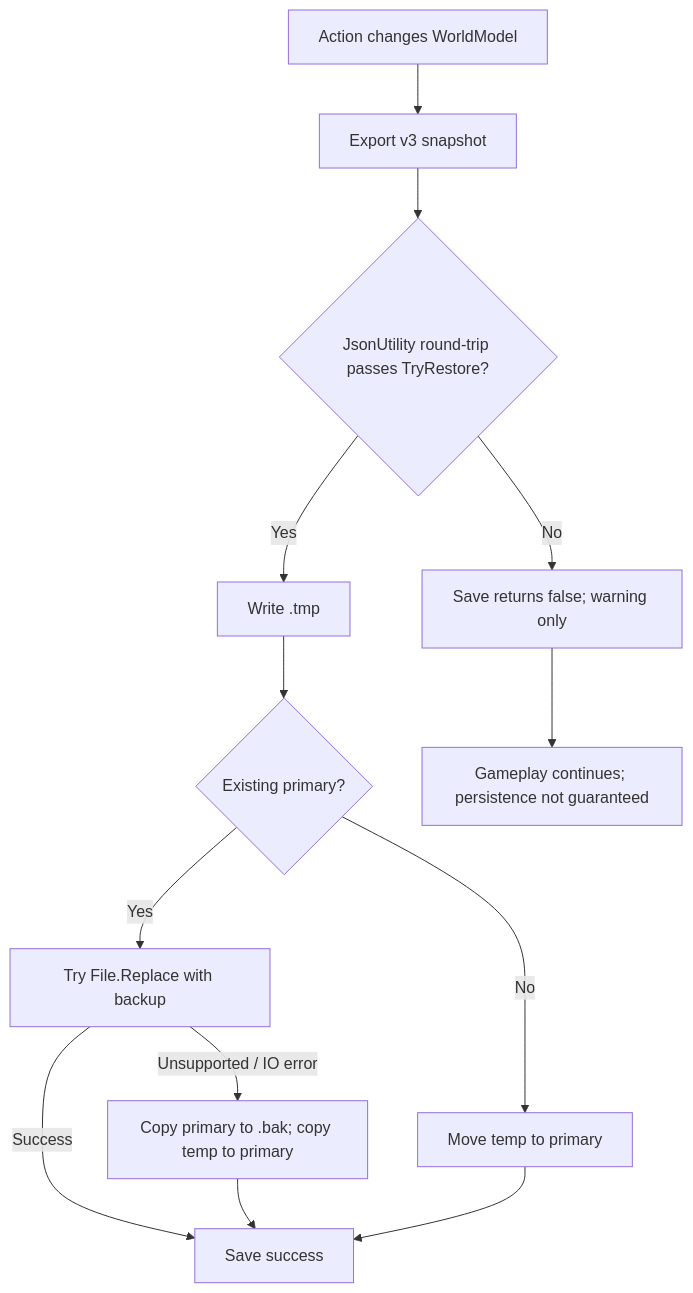
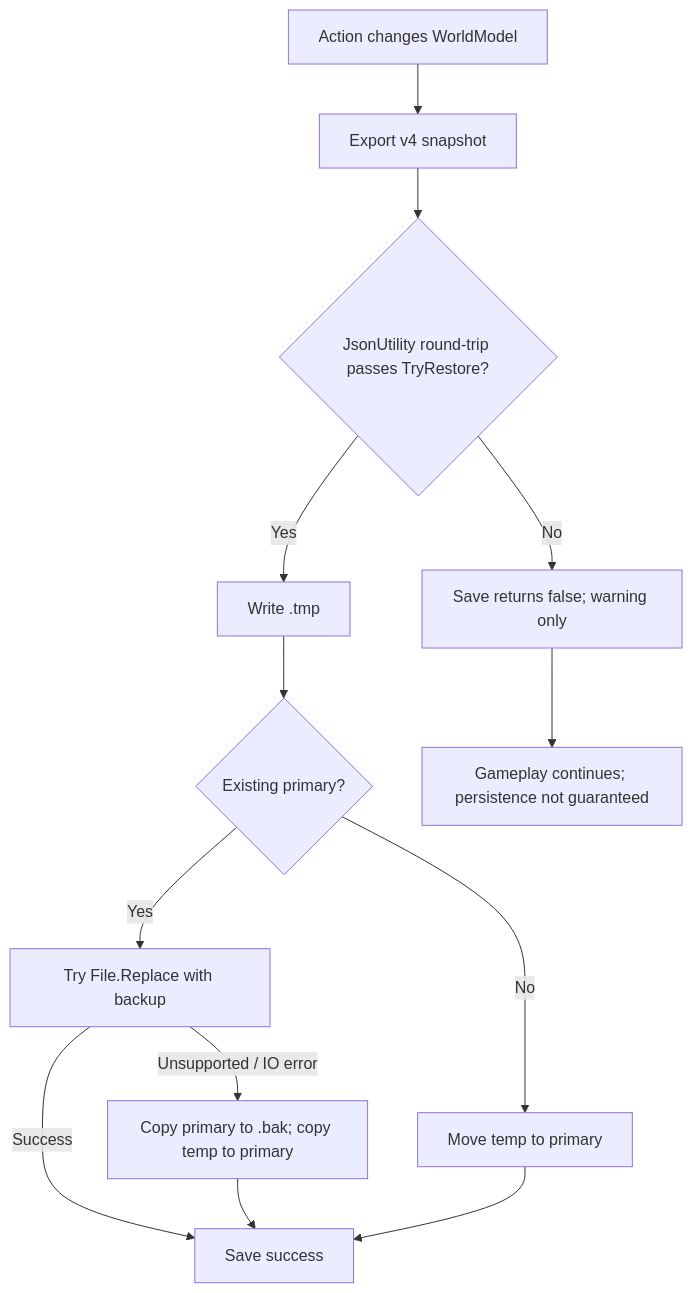
One commit to streamentry/game-foundry changed the diagram in games/evergrove/docs/SAVE_AND_MIGRATION.md. Above: the diagram before and after it, drawn with Mermaid. The commit also changed other lines of this file and 8 other files, not shown here.

````diff
--- a/games/evergrove/docs/SAVE_AND_MIGRATION.md
+++ b/games/evergrove/docs/SAVE_AND_MIGRATION.md
@@ -70,15 +79,15 @@
 ```mermaid
 flowchart TD
-  X["Action changes WorldModel"] --> E["Export v3 snapshot"]
+  X["Action changes WorldModel"] --> E["Export v4 snapshot"]
   E --> V{"JsonUtility round-trip passes TryRestore?"}
   V -->|No| F["Save returns false; warning only"]
   V -->|Yes| T["Write .tmp"]
   T --> R{"Existing primary?"}
   R -->|No| N["Move temp to primary"]
   R -->|Yes| A["Try File.Replace with backup"]
   A -->|Unsupported / IO error| B["Copy primary to .bak; copy temp to primary"]
   A -->|Success| OK["Save success"]
   B --> OK
   N --> OK
   F --> P["Gameplay continues; persistence not guaranteed"]
 ```
````
